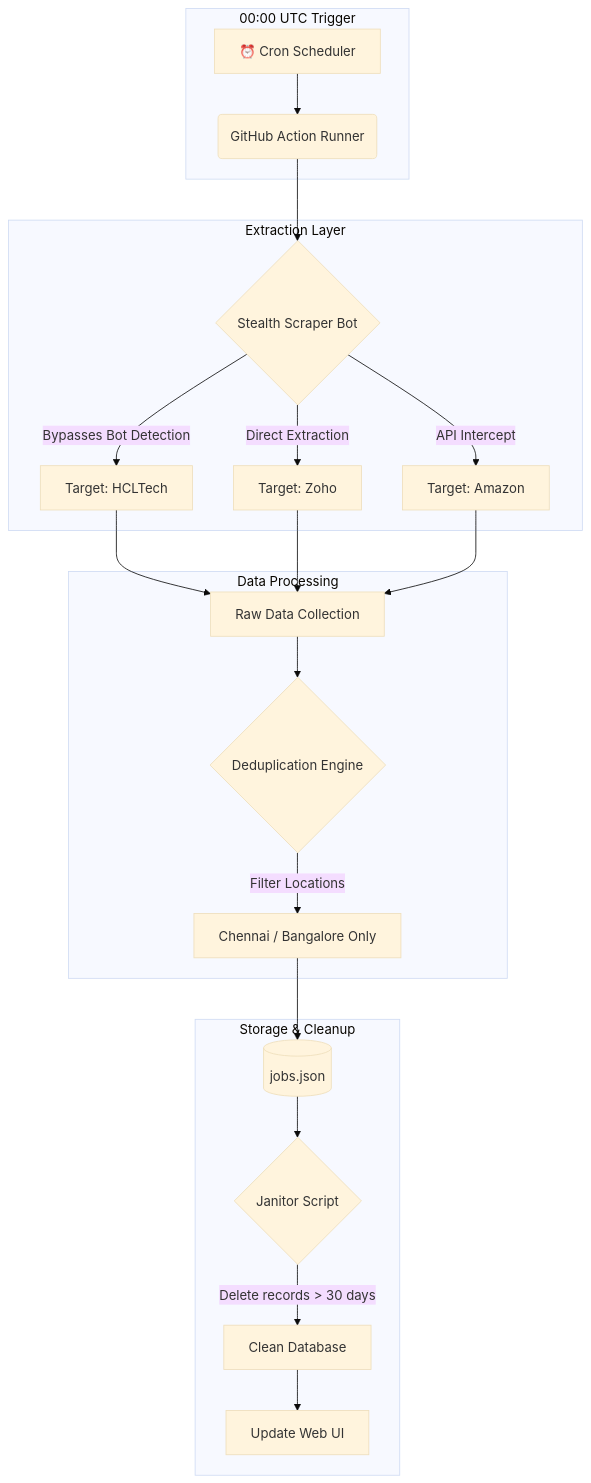
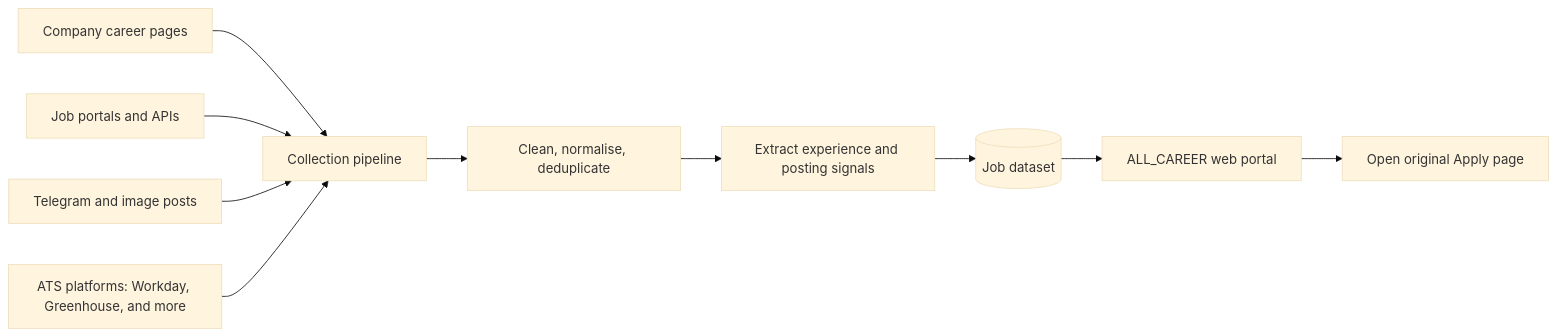
Before and after one commit to ragesh28/ALL_CAREER: the first of 2 diagrams in README.md, drawn with Mermaid (base theme). The commit also changed other lines of this file, not shown here.

Commit message:
docs: refresh ALL_CAREER README

````diff
--- a/README.md
+++ b/README.md
@@ -35,26 +44,12 @@
 ```mermaid
-graph TD
-  subgraph "00:00 UTC Trigger"
-    A[⏰ Cron Scheduler] --> B(GitHub Action Runner)
-  end
-
-  subgraph "Extraction Layer"
-    B --> C{Stealth Scraper Bot}
-    C -->|Bypasses Bot Detection| D[Target: HCLTech]
-    C -->|Direct Extraction| E[Target: Zoho]
-    C -->|API Intercept| F[Target: Amazon]
-  end
-
-  subgraph "Data Processing"
-    D & E & F --> G[Raw Data Collection]
-    G --> H{Deduplication Engine}
-    H -->|Filter Locations| I[Chennai / Bangalore Only]
-  end
-
-  subgraph "Storage & Cleanup"
-    I --> J[(jobs.json)]
-    J --> K{Janitor Script}
-    K -->|Delete records > 30 days| L[Clean Database]
-    L --> M[Update Web UI]
-  end
+flowchart LR
+    A[Company career pages] --> E[Collection pipeline]
+    B[Job portals and APIs] --> E
+    C[Telegram and image posts] --> E
+    D[ATS platforms: Workday, Greenhouse, and more] --> E
+    E --> F[Clean, normalise, deduplicate]
+    F --> G[Extract experience and posting signals]
+    G --> H[(Job dataset)]
+    H --> I[ALL_CAREER web portal]
+    I --> J[Open original Apply page]
 ```
````
